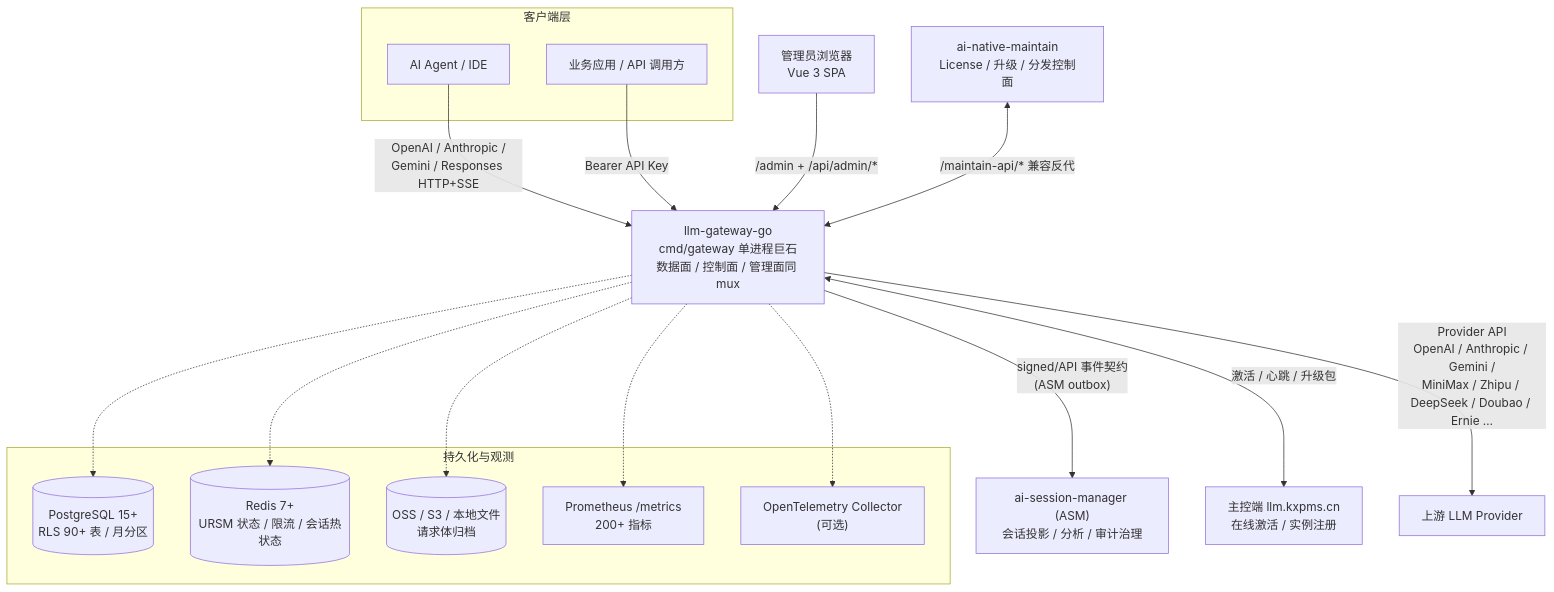
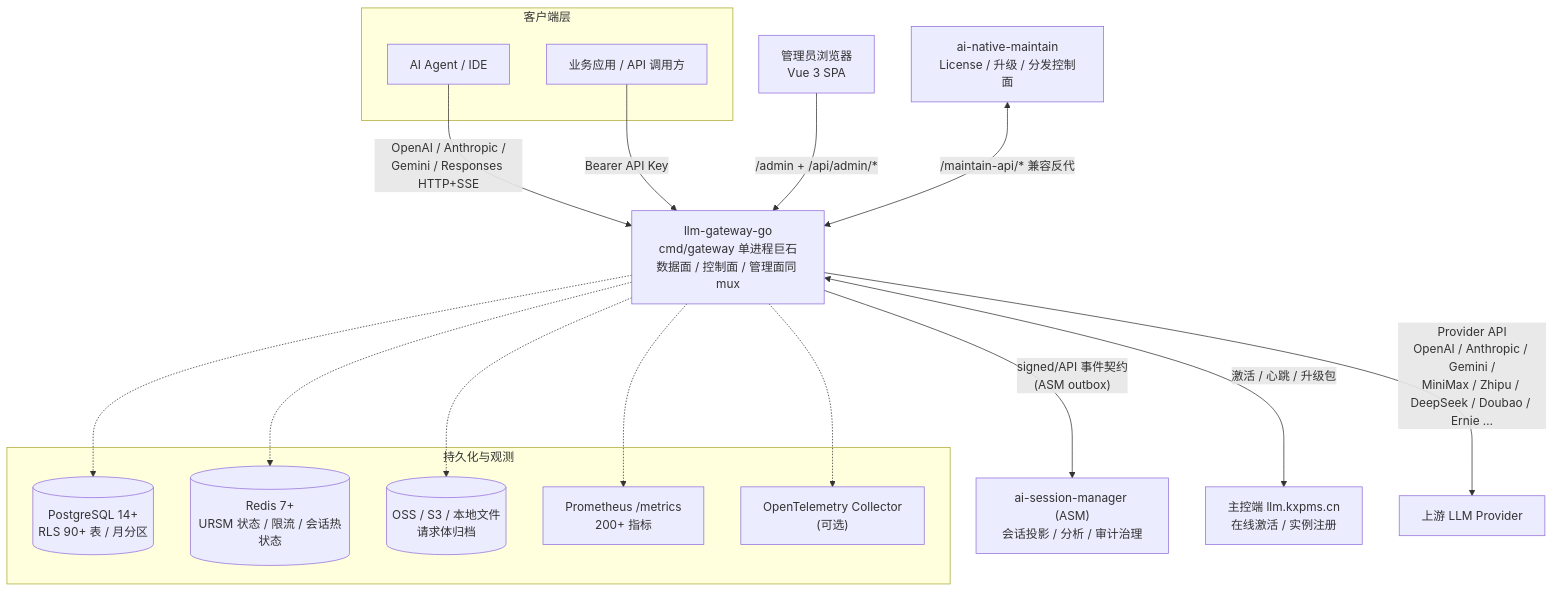
One commit to halfking/ai-native-gateway-core changed the first of 9 diagrams in docs/architecture-diagrams.md. Above: the diagram before and after it, drawn with Mermaid. The commit also changed other lines of this file and 1609 other files, not shown here.

````diff
--- a/docs/architecture-diagrams.md
+++ b/docs/architecture-diagrams.md
@@ -12,35 +12,35 @@
 ```mermaid
 graph TB
     subgraph clients["客户端层"]
         AGENT["AI Agent / IDE"]
         APP["业务应用 / API 调用方"]
     end
     ADMIN["管理员浏览器<br/>Vue 3 SPA"]
     MAINTAIN["ai-native-maintain<br/>License / 升级 / 分发控制面"]
     ASM["ai-session-manager (ASM)<br/>会话投影 / 分析 / 审计治理"]
     MASTER["主控端 llm.kxpms.cn<br/>在线激活 / 实例注册"]
 
     AGENT -->|"OpenAI / Anthropic /<br/>Gemini / Responses HTTP+SSE"| GW
     APP -->|"Bearer API Key"| GW
     ADMIN -->|"/admin + /api/admin/*"| GW
     MAINTAIN <-->|"/maintain-api/* 兼容反代"| GW
 
     GW["llm-gateway-go<br/>cmd/gateway 单进程巨石<br/>数据面 / 控制面 / 管理面同 mux"]
 
     GW -->|"Provider API<br/>OpenAI / Anthropic / Gemini /<br/>MiniMax / Zhipu / DeepSeek / Doubao / Ernie …"| PROVIDERS["上游 LLM Provider"]
     GW -->|"signed/API 事件契约<br/>(ASM outbox)"| ASM
     GW <-->|"激活 / 心跳 / 升级包"| MASTER
 
     subgraph storage["持久化与观测"]
-        PG[("PostgreSQL 15+<br/>RLS 90+ 表 / 月分区")]
+        PG[("PostgreSQL 14+<br/>RLS 90+ 表 / 月分区")]
         REDIS[("Redis 7+<br/>URSM 状态 / 限流 / 会话热状态")]
         OSS[("OSS / S3 / 本地文件<br/>请求体归档")]
         PROM["Prometheus /metrics<br/>200+ 指标"]
         OTEL["OpenTelemetry Collector<br/>(可选)"]
     end
     GW -.-> PG
     GW -.-> REDIS
     GW -.-> OSS
     GW -.-> PROM
     GW -.-> OTEL
 ```
````
